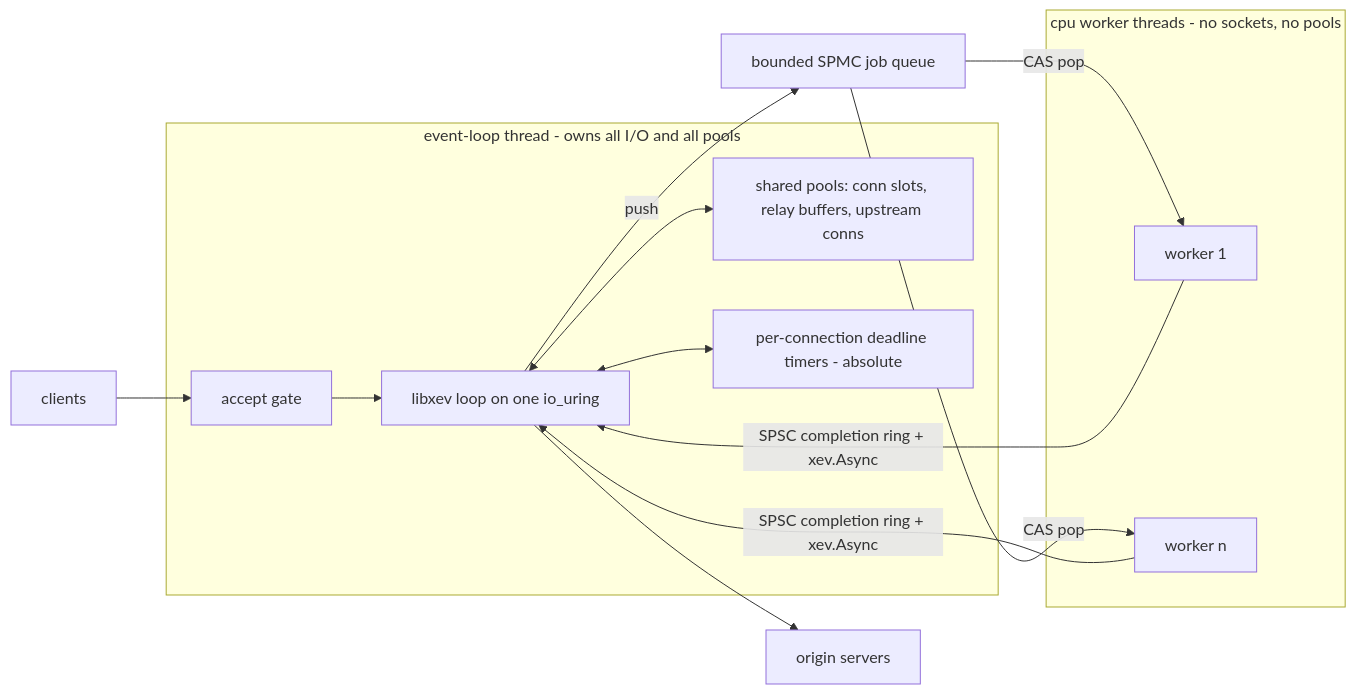
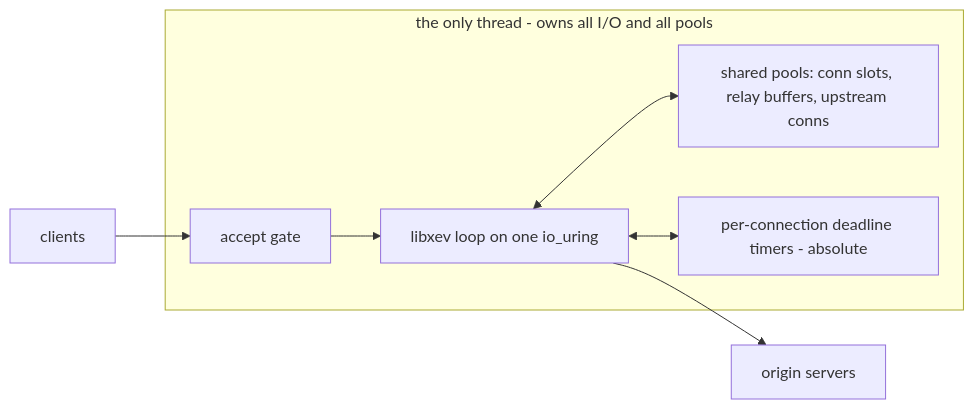
The diagram in docs/DESIGN.md (zoxy-io/zoxy), drawn with Mermaid before and after one commit. The commit also changed other lines of this file and 2 other files, not shown here.

````diff
--- a/docs/DESIGN.md
+++ b/docs/DESIGN.md
@@ -64,19 +71,10 @@
 ```mermaid
 flowchart LR
-    subgraph loop_thread [event-loop thread - owns all I/O and all pools]
+    subgraph loop_thread [the only thread - owns all I/O and all pools]
         A[accept gate] --> L[libxev loop on one io_uring]
         L <--> P[shared pools: conn slots, relay buffers, upstream conns]
         L <--> T[per-connection deadline timers - absolute]
     end
     C[clients] --> A
-    subgraph cpu_workers [cpu worker threads - no sockets, no pools]
-        W1[worker 1]
-        WN[worker n]
-    end
-    L -- push --> J[bounded SPMC job queue]
-    J -- CAS pop --> W1
-    J -- CAS pop --> WN
-    W1 -- SPSC completion ring + xev.Async --> L
-    WN -- SPSC completion ring + xev.Async --> L
     L --> O[origin servers]
 ```
````
